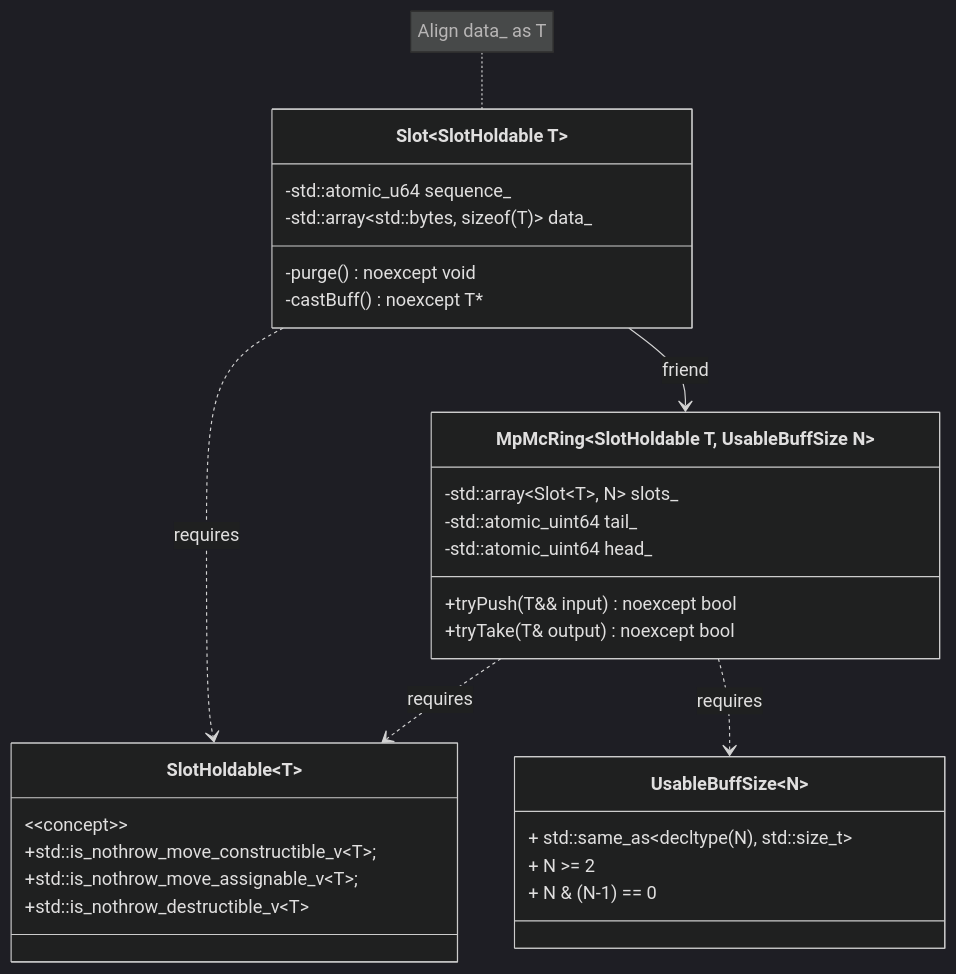
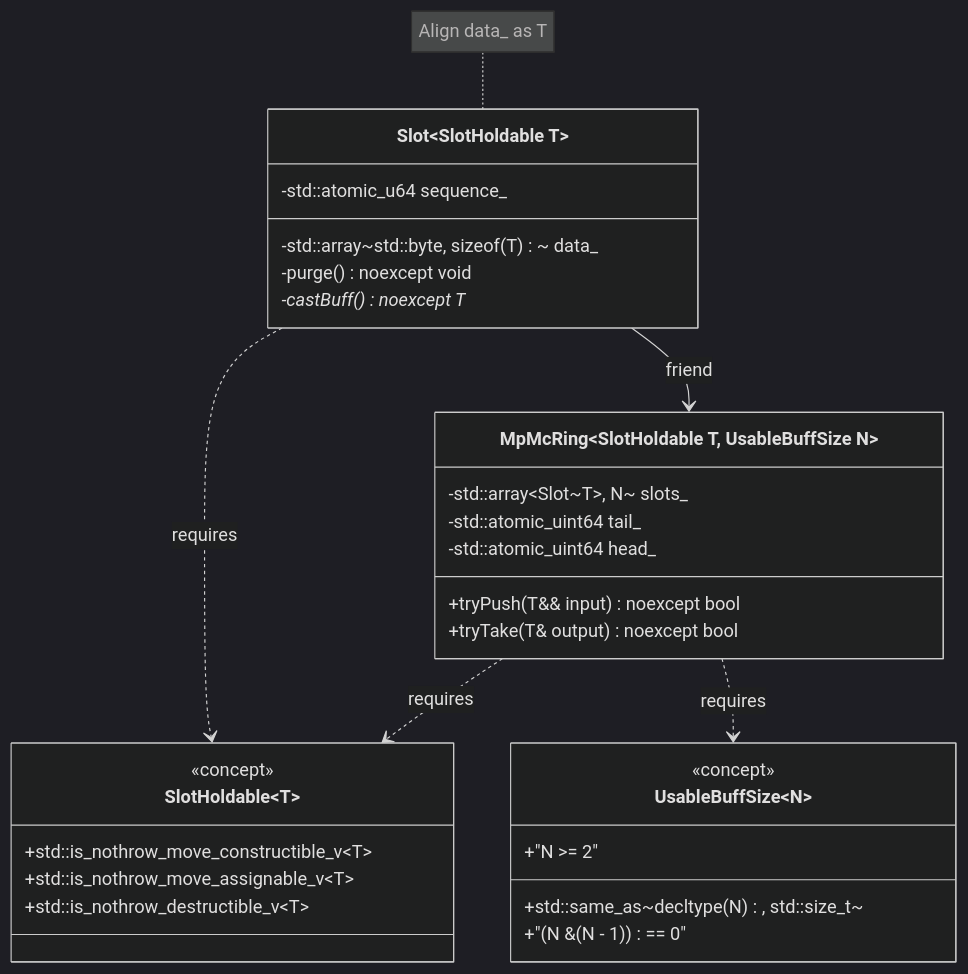
One commit to tmrna/ct_reconstruction changed the diagram in design/sync/ring/ringBuff.md. Above: the diagram before and after it, drawn with Mermaid (dark theme).

Commit message:
correction to mermaid

````diff
--- a/design/sync/ring/ringBuff.md
+++ b/design/sync/ring/ringBuff.md
@@ -10,38 +10,39 @@
 ```mermaid
 classDiagram
     class SlotHoldable~T~ {
-        &lt;&lt;concept&gt;&gt;
-        +std::is_nothrow_move_constructible_v~T~;
-        +std::is_nothrow_move_assignable_v~T~;
+        <<concept>>
+        +std::is_nothrow_move_constructible_v~T~
+        +std::is_nothrow_move_assignable_v~T~
         +std::is_nothrow_destructible_v~T~
     } 
 
     class Slot~SlotHoldable T~ {
         -std::atomic_u64 sequence_
-        -std::array&lt;std::bytes, sizeof&lpar;T&rpar;&gt; data_
+        -std::array~std::byte, sizeof(T)~ data_
         -purge() noexcept void
-        -castBuff() noexcept T&ast;
+        -castBuff() noexcept T*
     }
 
     class UsableBuffSize~N~ {
-        + std::same_as&lt;decltype&lpar;N&rpar;, std::size_t&gt;
-        + N &gt;= 2
-        + N & &lpar;N-1&rpar; == 0
+        <<concept>>
+        +std::same_as~decltype(N), std::size_t~
+        +"N >= 2"
+        +"(N & (N - 1)) == 0"
     }
 
     class MpMcRing~SlotHoldable T, UsableBuffSize N~ {
-        -std::array&lt;Slot&lt;T&gt;, N&gt; slots_
+        -std::array~Slot~T~, N~ slots_
         -std::atomic_uint64 tail_
         -std::atomic_uint64 head_
         +tryPush(T&& input) noexcept bool
         +tryTake(T& output) noexcept bool
     }
 
     note for Slot "Align data_ as T"
 
     Slot ..> SlotHoldable : requires 
     MpMcRing ..> UsableBuffSize : requires
     MpMcRing ..> SlotHoldable : requires
 
     Slot --> MpMcRing : friend
 ```
````
